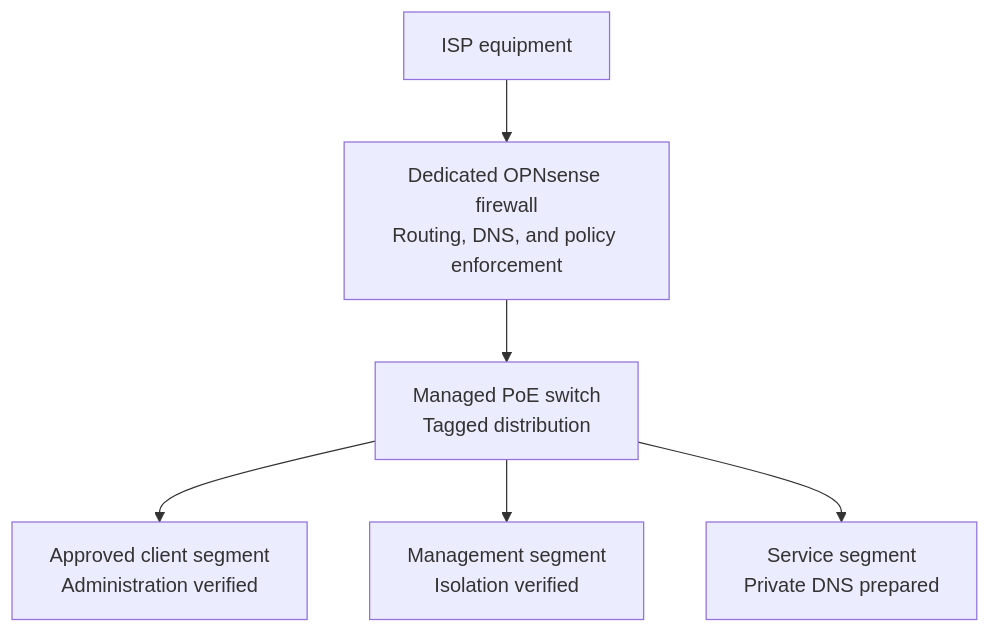
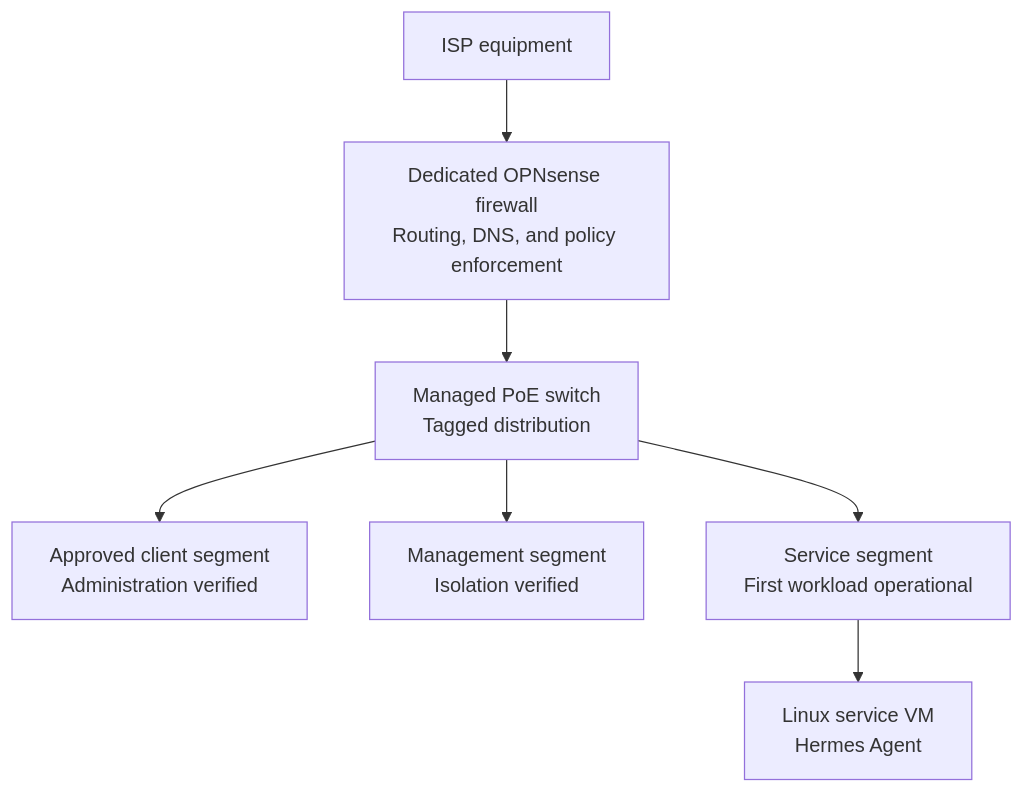
The diagram in docs/network-design.md (DeadPol8789/homelab), drawn with Mermaid before and after one commit. The commit also changed other lines of this file and 9 other files, not shown here.

First line of the commit message:
Document first operational Hermes workload (#6)

````diff
--- a/docs/network-design.md
+++ b/docs/network-design.md
@@ -28,8 +29,9 @@
 ```mermaid
 flowchart TD
     ISP["ISP equipment"] --> FW["Dedicated OPNsense firewall<br/>Routing, DNS, and policy enforcement"]
     FW --> SW["Managed PoE switch<br/>Tagged distribution"]
     SW --> ZONE_A["Approved client segment<br/>Administration verified"]
     SW --> ZONE_B["Management segment<br/>Isolation verified"]
-    SW --> ZONE_C["Service segment<br/>Private DNS prepared"]
+    SW --> ZONE_C["Service segment<br/>First workload operational"]
+    ZONE_C --> VM["Linux service VM<br/>Hermes Agent"]
 ```
````
